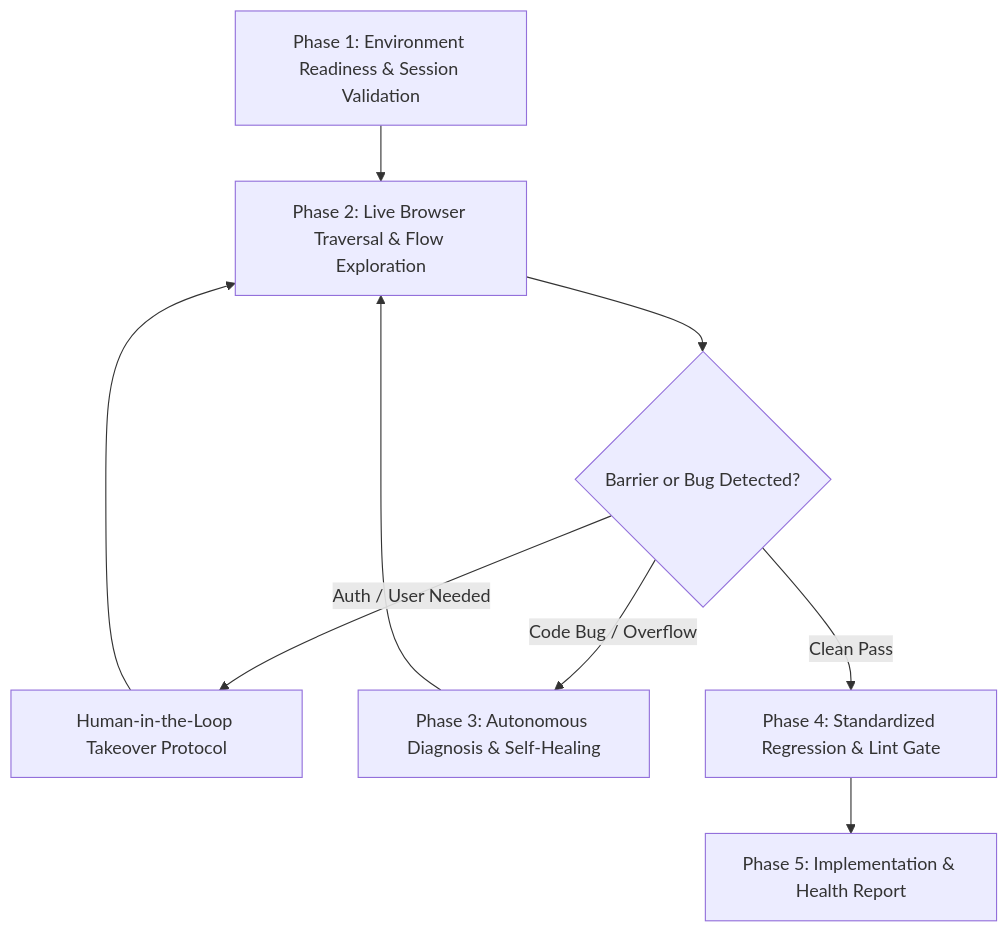
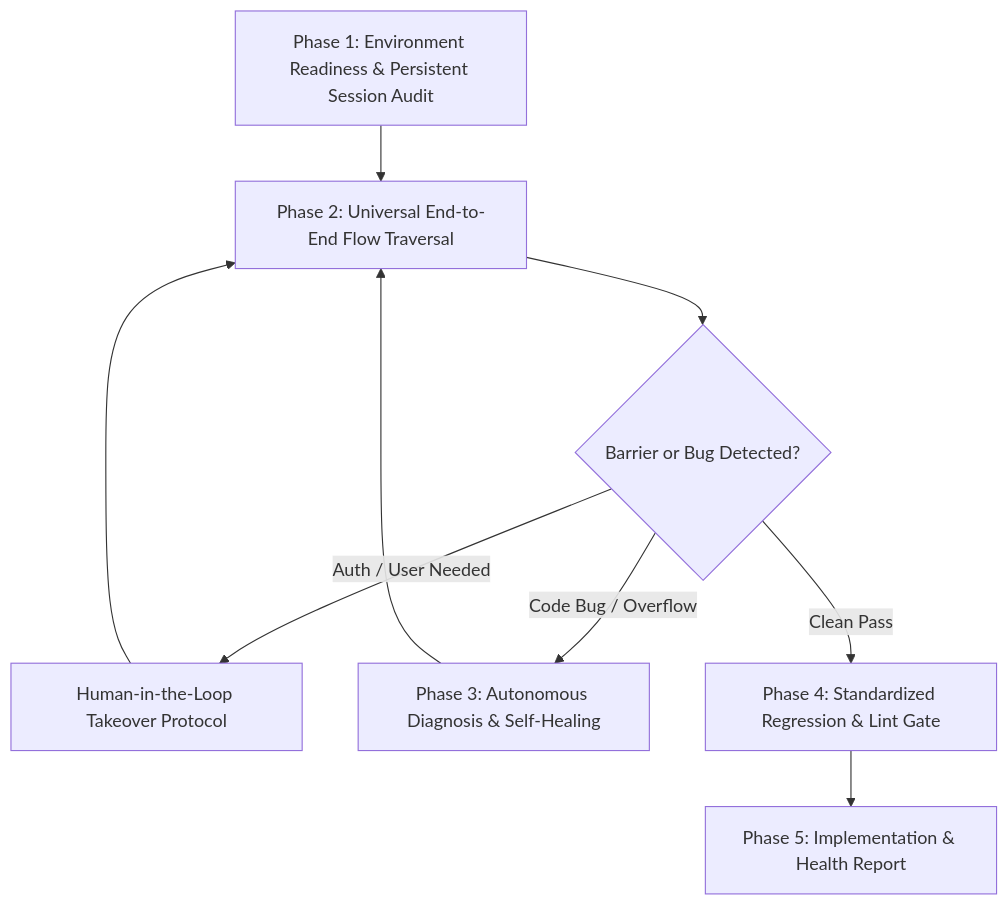
Before and after one commit to manjunathk833/linkedin-automator: the diagram in .agents/agents/dry_run_agent.md, drawn with Mermaid. The commit also changed other lines of this file and 10 other files, not shown here.

````diff
--- a/.agents/agents/dry_run_agent.md
+++ b/.agents/agents/dry_run_agent.md
@@ -51,11 +52,11 @@
 ```mermaid
 graph TD
-    A[Phase 1: Environment Readiness & Session Validation] --> B[Phase 2: Live Browser Traversal & Flow Exploration]
+    A[Phase 1: Environment Readiness & Persistent Session Audit] --> B[Phase 2: Universal End-to-End Flow Traversal]
     B --> C{Barrier or Bug Detected?}
     C -- Auth / User Needed --> D[Human-in-the-Loop Takeover Protocol]
     D --> B
     C -- Code Bug / Overflow --> E[Phase 3: Autonomous Diagnosis & Self-Healing]
     E --> B
     C -- Clean Pass --> F[Phase 4: Standardized Regression & Lint Gate]
     F --> G[Phase 5: Implementation & Health Report]
 ```
````
